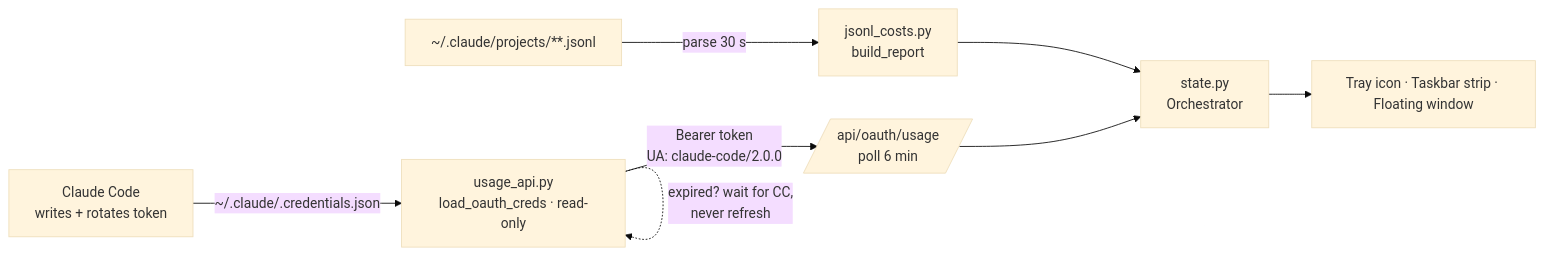
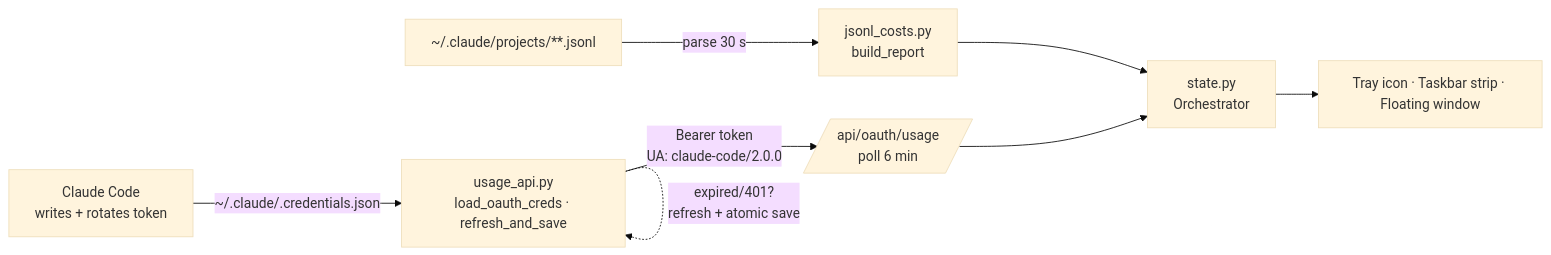
One commit to Cohenjikan/ClaudeUsageMoniter changed the diagram in README.md. Above: the diagram before and after it, drawn with Mermaid (base theme). The commit also changed other lines of this file and 4 other files, not shown here.

Commit message:
wip: token refresh docs and changes

````diff
--- a/README.md
+++ b/README.md
@@ -161,10 +165,10 @@
 ```mermaid
 flowchart LR
-    A[Claude Code<br/>writes + rotates token] -->|~/.claude/.credentials.json| B[usage_api.py<br/>load_oauth_creds · read-only]
+    A[Claude Code<br/>writes + rotates token] -->|~/.claude/.credentials.json| B[usage_api.py<br/>load_oauth_creds · refresh_and_save]
     B -->|Bearer token<br/>UA: claude-code/2.0.0| C[/api/oauth/usage<br/>poll 6 min/]
-    B -.->|expired? wait for CC,<br/>never refresh| B
+    B -.->|expired/401?<br/>refresh + atomic save| B
     C --> D[state.py<br/>Orchestrator]
     E[~/.claude/projects/**.jsonl] -->|parse 30 s| F[jsonl_costs.py<br/>build_report]
     F --> D
     D --> G[Tray icon · Taskbar strip · Floating window]
 ```
````
